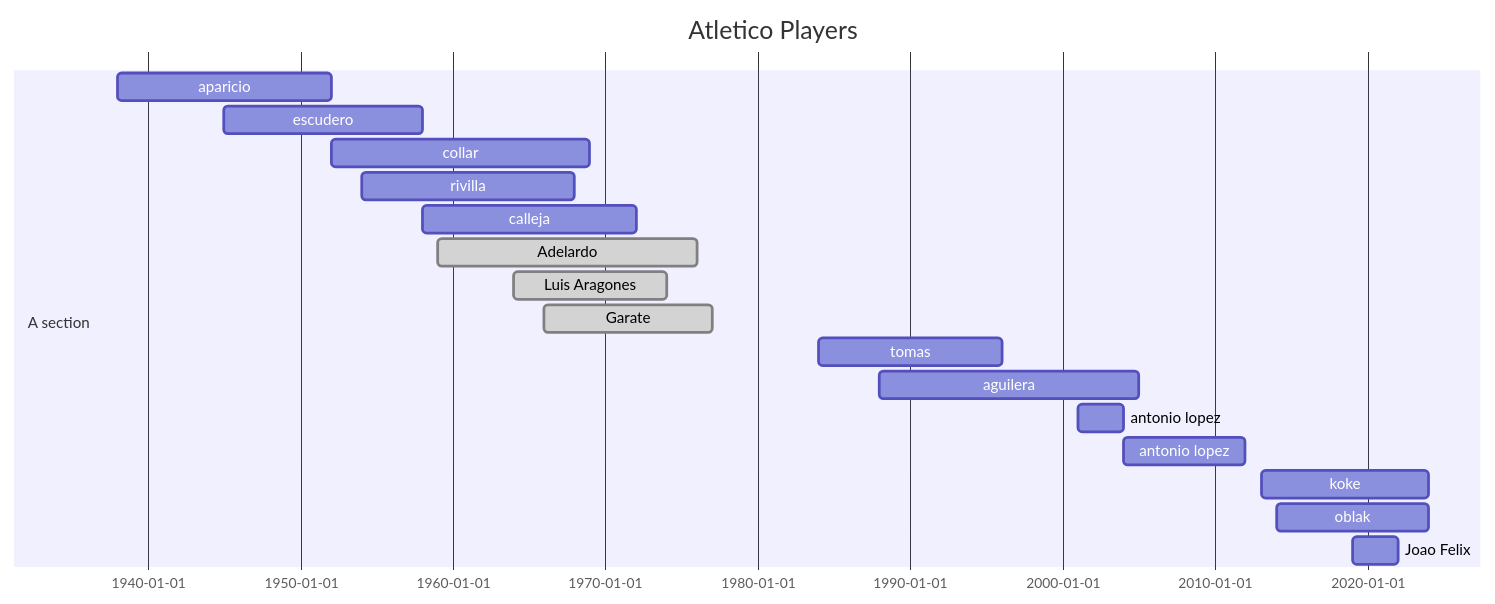
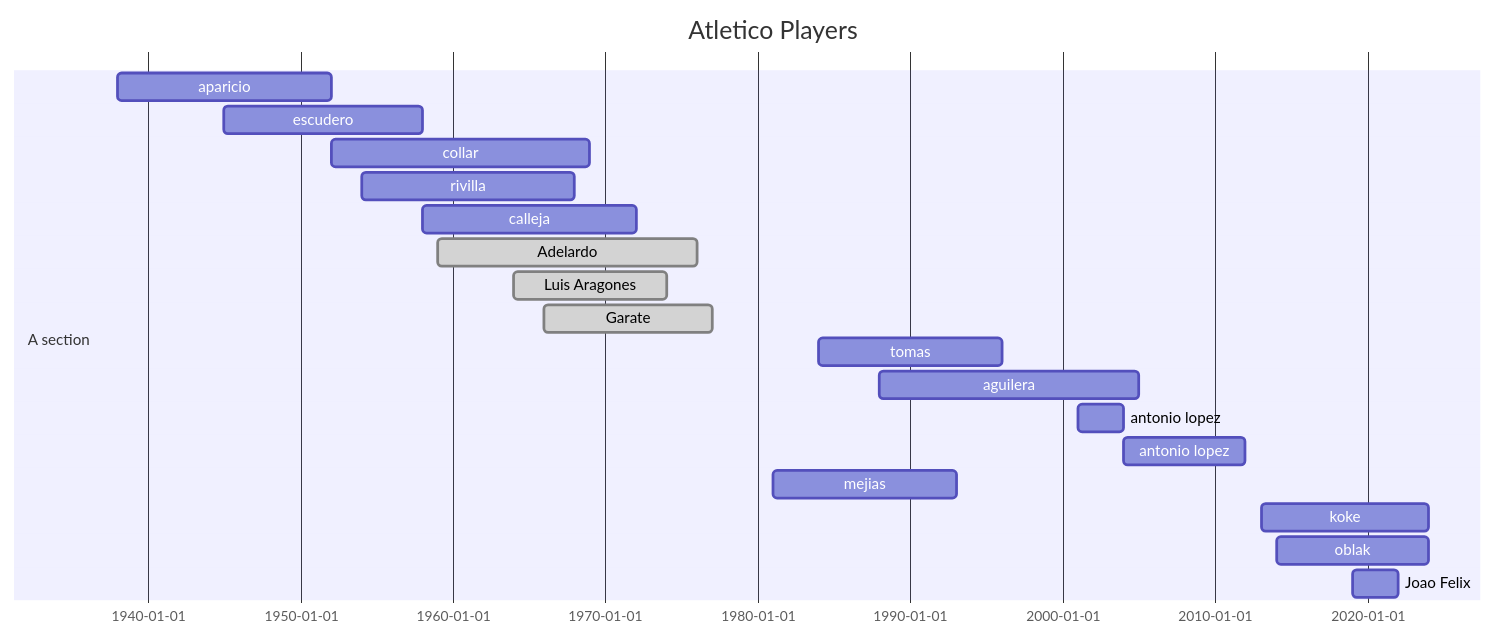
One commit to sarnobat/mermaid changed the second of 5 diagrams in README.md. Above: the diagram before and after it, drawn with Mermaid.

````diff
--- a/README.md
+++ b/README.md
@@ -87,22 +87,23 @@
 ```mermaid
 gantt
 dateFormat  YYYY
 title Atletico Players
 
 section A section
 aparicio    : 1938,1952
 escudero : 1945,1958
 collar    : 1952,1969
 rivilla    : 1954,1968
 calleja    : 1958,1972
 Adelardo               :done,  1959,1976
 Luis Aragones            :done,    1964,1974
 Garate:done,1966,1977
 tomas    : 1984,1996
 aguilera : 1988 , 2005
 antonio lopez: 2001, 2004
 antonio lopez: 2004, 2012
+mejias: 1981,1993
 koke    : 2013,2024
 oblak    : 2014,2024
 Joao Felix               :         2019, 2022
 ```
````
